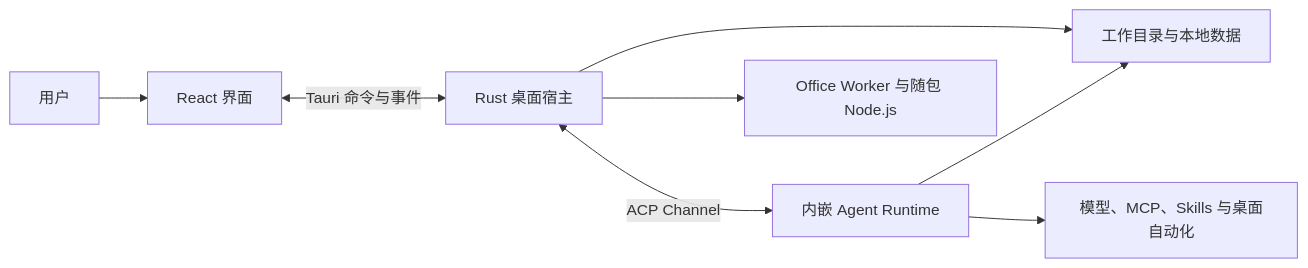
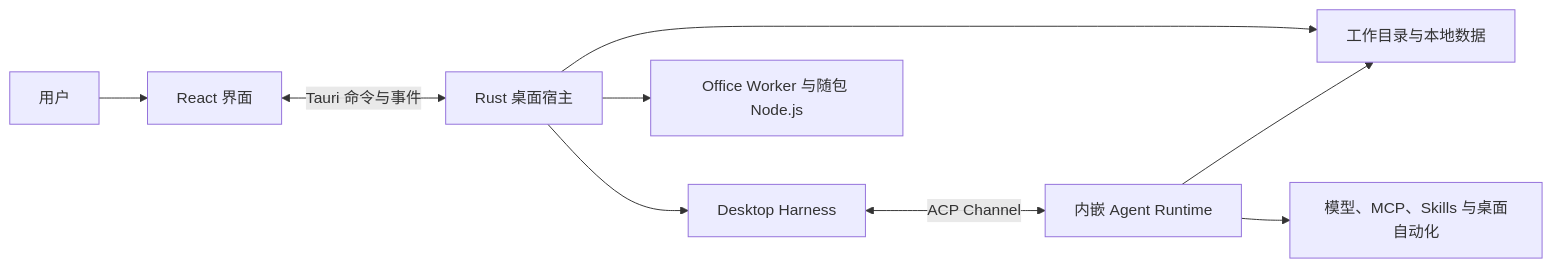
One commit to fuyuxiang/echo-agent-desktop changed the diagram in README.md. Above: the diagram before and after it, drawn with Mermaid. The commit also changed other lines of this file and 4275 other files, not shown here.

````diff
--- a/README.md
+++ b/README.md
@@ -94,10 +94,11 @@
 ```mermaid
 flowchart LR
     User["用户"] --> UI["React 界面"]
     UI <-->|Tauri 命令与事件| Host["Rust 桌面宿主"]
-    Host <-->|ACP Channel| Runtime["内嵌 Agent Runtime"]
+    Host --> Harness["Desktop Harness"]
+    Harness <-->|ACP Channel| Runtime["内嵌 Agent Runtime"]
     Host --> Office["Office Worker 与随包 Node.js"]
     Host --> Workspace["工作目录与本地数据"]
     Runtime --> Workspace
     Runtime --> Services["模型、MCP、Skills 与桌面自动化"]
 ```
````
